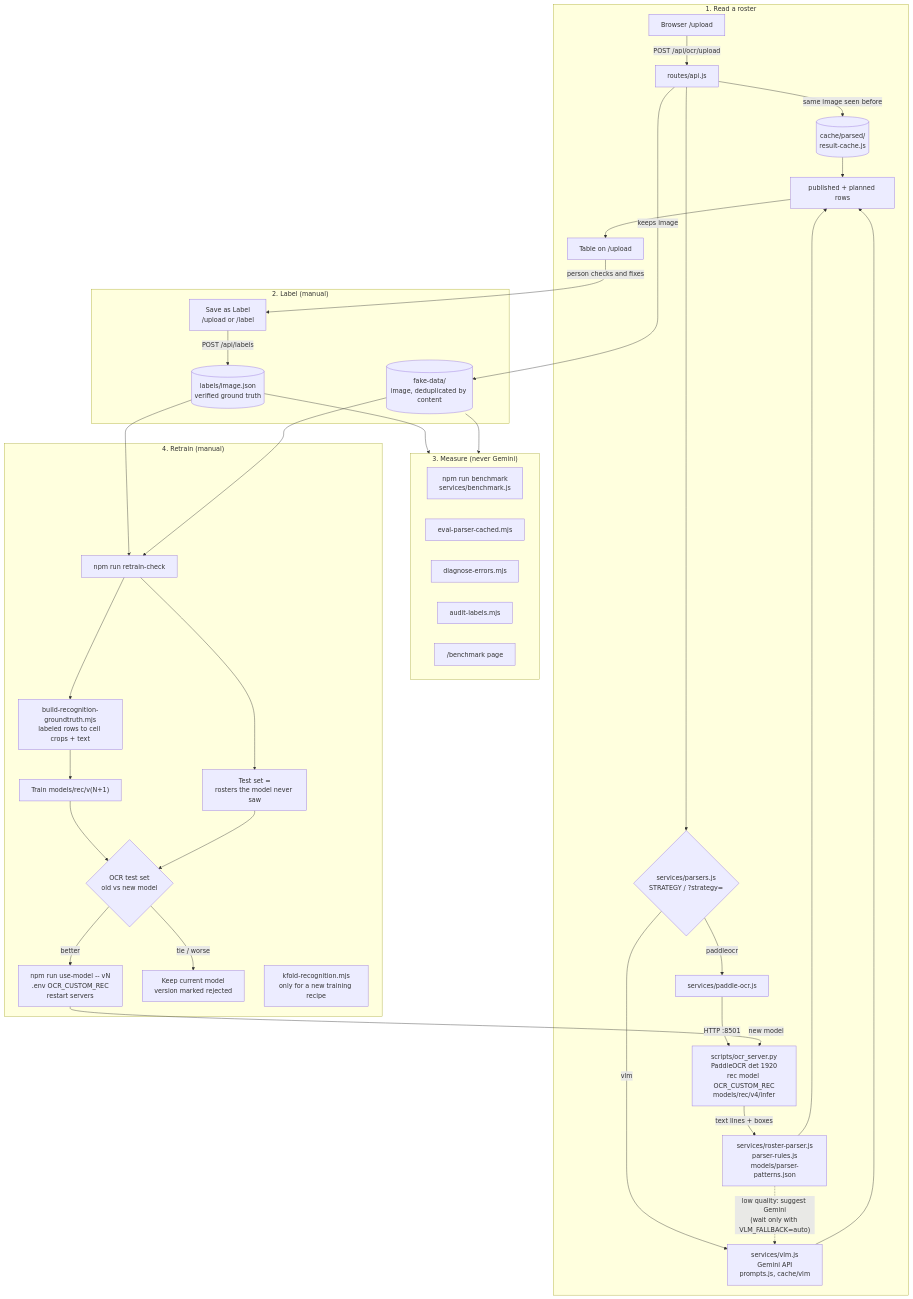
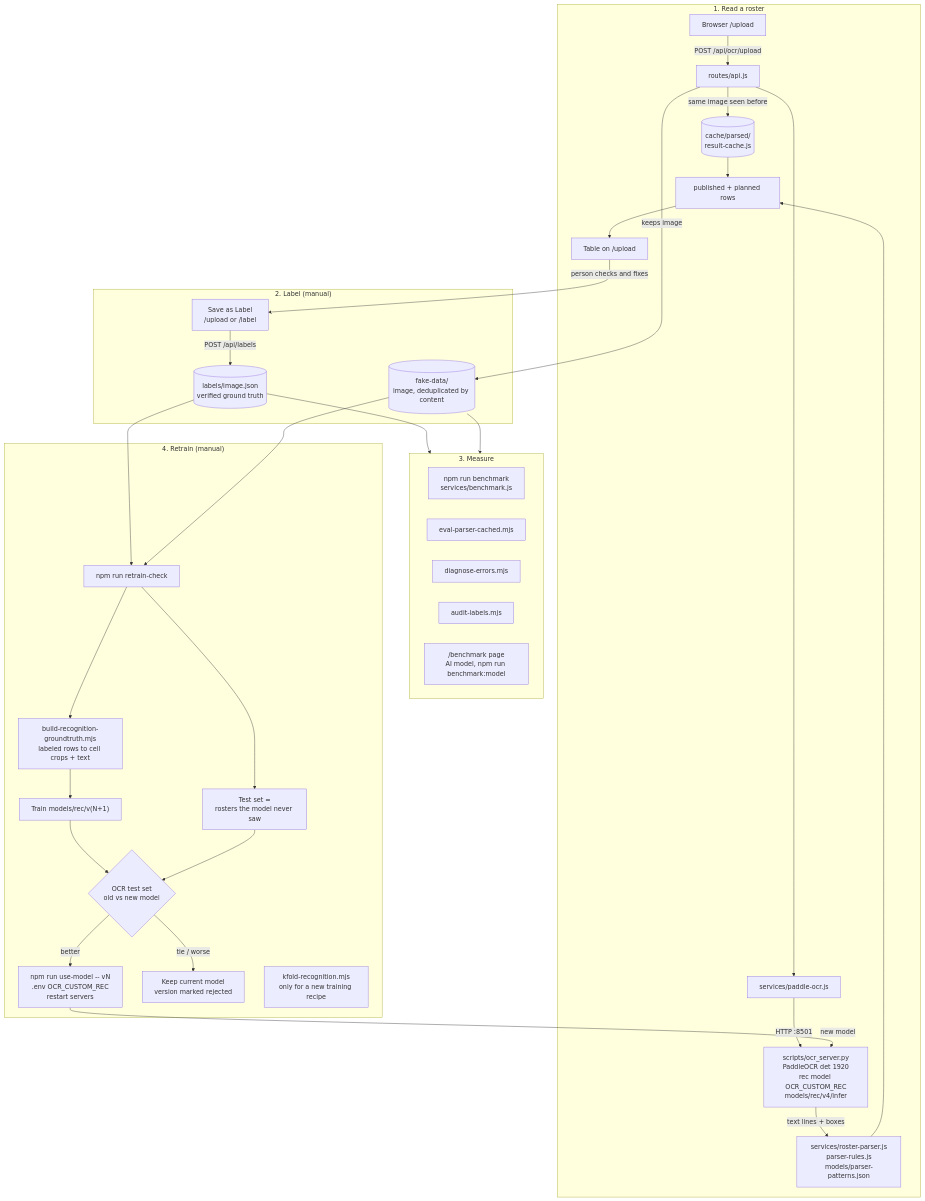
One commit to thuannd17/node-ocr changed the diagram in README.md. Above: the diagram before and after it, drawn with Mermaid. The commit also changed other lines of this file and 64 other files, not shown here.

````diff
--- a/README.md
+++ b/README.md
@@ -16,49 +16,45 @@
 ```mermaid
 flowchart TD
     subgraph READ["1. Read a roster"]
         U["Browser /upload"] -->|"POST /api/ocr/upload"| API["routes/api.js"]
         API -->|"same image seen before"| PC[("cache/parsed/<br/>result-cache.js")]
-        API --> PS{"services/parsers.js<br/>STRATEGY / ?strategy="}
-        PS -->|paddleocr| PO["services/paddle-ocr.js"]
-        PS -->|vlm| VLM["services/vlm.js<br/>Gemini API<br/>prompts.js, cache/vlm"]
+        API --> PO["services/paddle-ocr.js"]
         PO -->|"HTTP :8501"| OS["scripts/ocr_server.py<br/>PaddleOCR det 1920<br/>rec model OCR_CUSTOM_REC<br/>models/rec/v4/infer"]
         OS -->|"text lines + boxes"| RP["services/roster-parser.js<br/>parser-rules.js<br/>models/parser-patterns.json"]
-        RP -.->|"low quality: suggest Gemini<br/>(wait only with VLM_FALLBACK=auto)"| VLM
         RP --> OUT["published + planned rows"]
-        VLM --> OUT
         PC --> OUT
         OUT --> T["Table on /upload"]
     end
 
     subgraph LABEL["2. Label (manual)"]
         FD[("fake-data/<br/>image, deduplicated by content")]
         SL["Save as Label<br/>/upload or /label"] -->|"POST /api/labels"| LB[("labels/image.json<br/>verified ground truth")]
     end
 
-    subgraph MEASURE["3. Measure (never Gemini)"]
+    subgraph MEASURE["3. Measure"]
         BM["npm run benchmark<br/>services/benchmark.js"]
         EP["eval-parser-cached.mjs"]
         DE["diagnose-errors.mjs"]
         AL["audit-labels.mjs"]
-        BP["/benchmark page"]
+        BP["/benchmark page<br/>AI model, npm run benchmark:model"]
     end
 
     subgraph RETRAIN["4. Retrain (manual)"]
         RC["npm run retrain-check"] --> TS["Test set =<br/>rosters the model never saw"]
         RC --> GT["build-recognition-groundtruth.mjs<br/>labeled rows to cell crops + text"]
         GT --> TR["Train models/rec/v(N+1)"]
         TR --> CMP{"OCR test set<br/>old vs new model"}
         TS --> CMP
         CMP -->|"better"| UM["npm run use-model -- vN<br/>.env OCR_CUSTOM_REC<br/>restart servers"]
         CMP -->|"tie / worse"| KEEP["Keep current model<br/>version marked rejected"]
         KF["kfold-recognition.mjs<br/>only for a new training recipe"]
     end
 
     API -->|"keeps image"| FD
     T -->|"person checks and fixes"| SL
     LB --> MEASURE
     FD --> MEASURE
     LB --> RC
     FD --> RC
     UM -->|"new model"| OS
 ```
````
